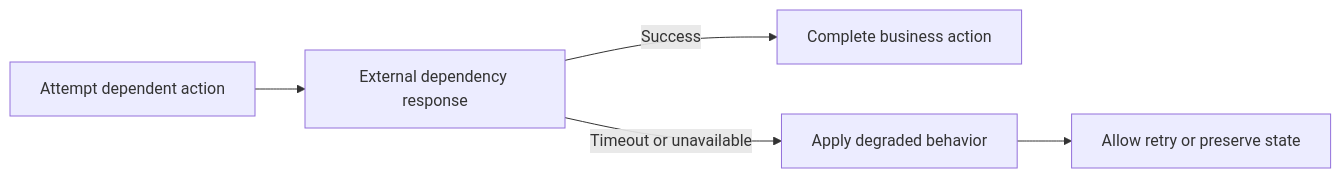
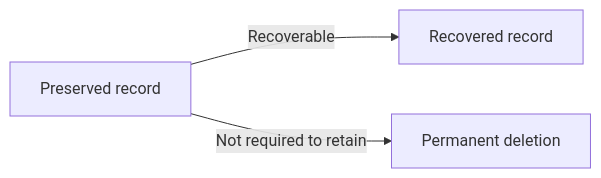
Before and after one commit to wrtnlabs/autobe-examples: the fifth of 5 diagrams in openai/gpt-5.4-mini/shopping/docs/analysis/05-non-functional.md, drawn with Mermaid. The commit also changed other lines of this file and 9017 other files, not shown here.

````diff
--- a/openai/gpt-5.4-mini/shopping/docs/analysis/05-non-functional.md
+++ b/openai/gpt-5.4-mini/shopping/docs/analysis/05-non-functional.md
@@ -199,7 +171,5 @@
 ```mermaid
 flowchart LR
-    A["Attempt dependent action"] --> B["External dependency response"]
-    B -->|"Success"| C["Complete business action"]
-    B -->|"Timeout or unavailable"| D["Apply degraded behavior"]
-    D --> E["Allow retry or preserve state"]
+    A["Preserved record"] -->|"Recoverable"| B["Recovered record"]
+    A -->|"Not required to retain"| C["Permanent deletion"]
 ```
````
